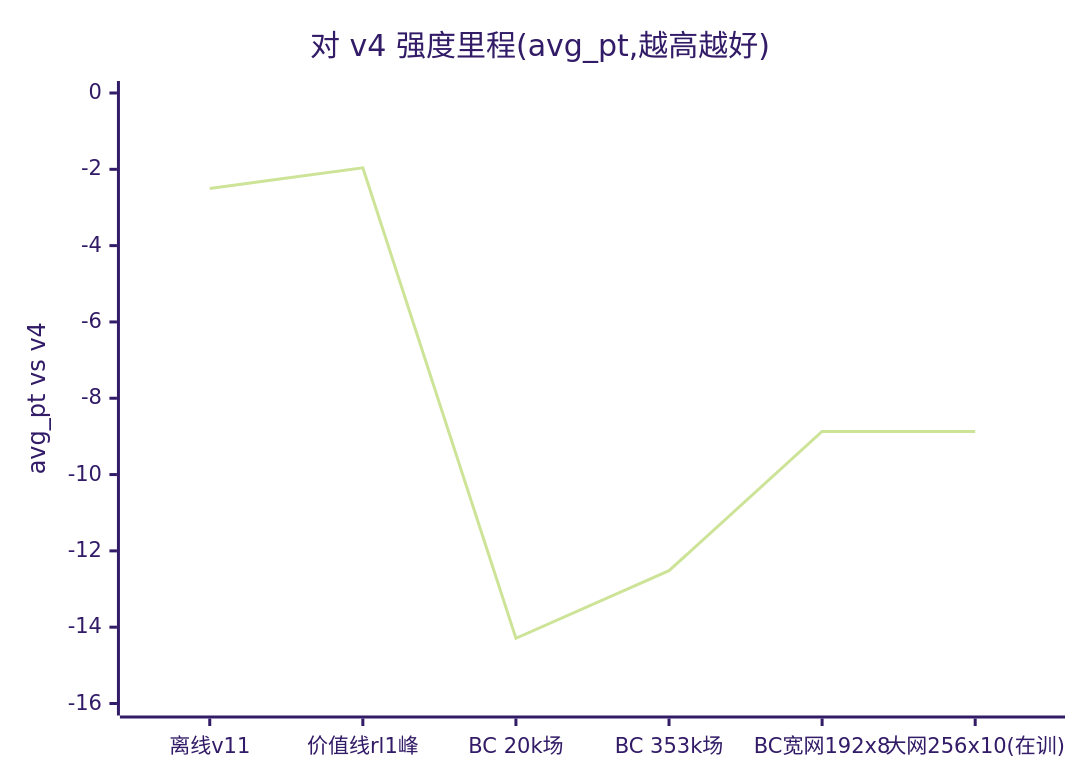
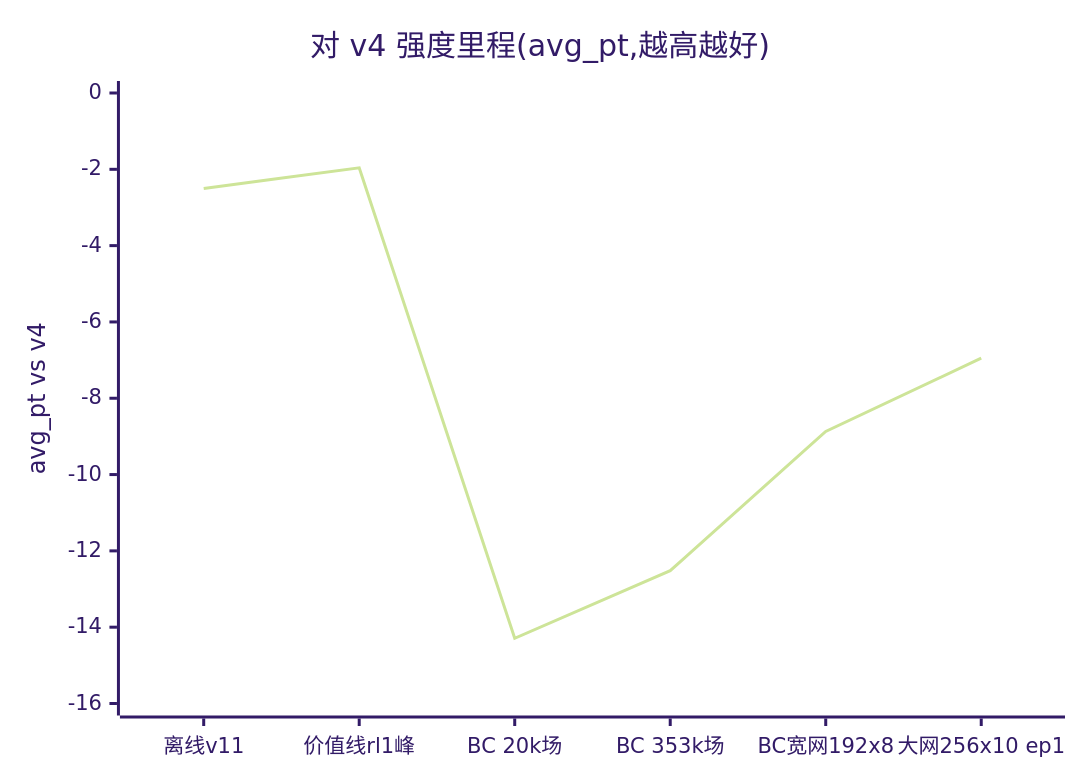
The first of 2 diagrams in README.md (twu3202/TanyaoDojo), drawn with Mermaid (forest theme) before and after one commit. The commit also changed other lines of this file and 1 other file, not shown here.

````diff
--- a/README.md
+++ b/README.md
@@ -14,7 +14,7 @@
 ```mermaid
 xychart-beta
     title "对 v4 强度里程(avg_pt,越高越好)"
-    x-axis ["离线v11", "价值线rl1峰", "BC 20k场", "BC 353k场", "BC宽网192x8", "大网256x10(在训)"]
+    x-axis ["离线v11", "价值线rl1峰", "BC 20k场", "BC 353k场", "BC宽网192x8", "大网256x10 ep1"]
     y-axis "avg_pt vs v4" -16 --> 0
-    line [-2.50, -1.96, -14.29, -12.52, -8.87, -8.87]
+    line [-2.50, -1.96, -14.29, -12.52, -8.87, -6.95]
 ```
````
